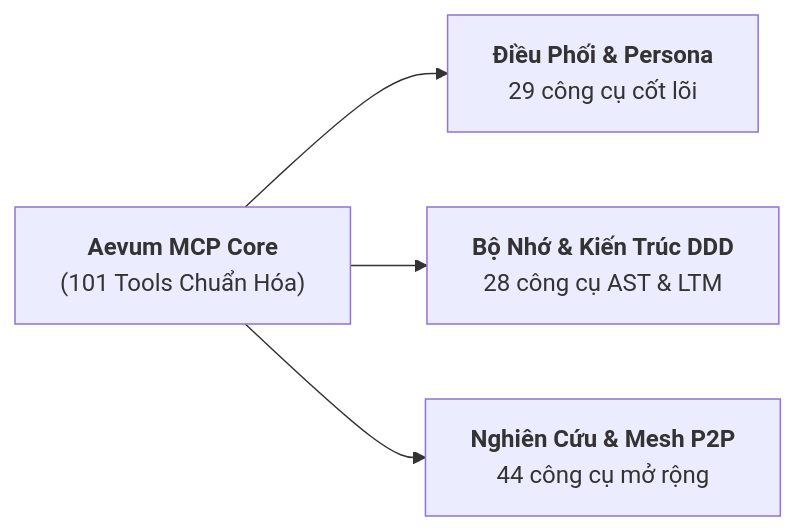
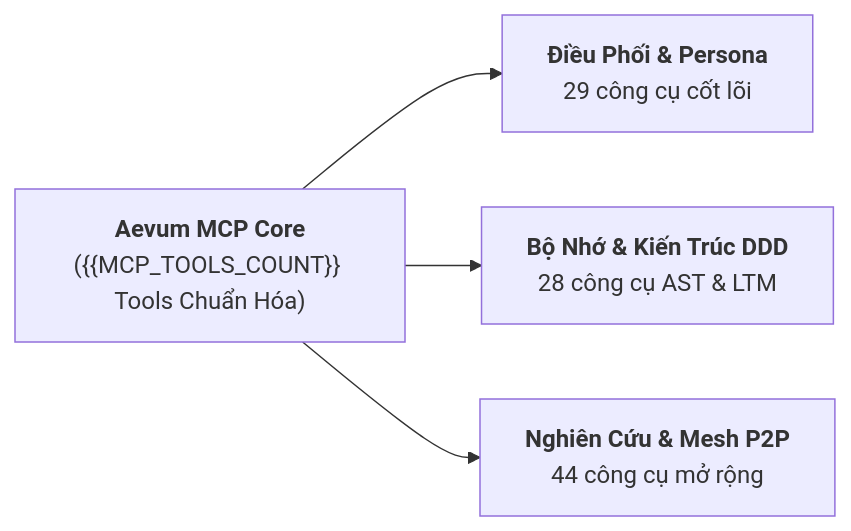
Before and after one commit to hainguyen011/Aevum-website: the diagram in content/docs/12-mcp-tools-reference.md, drawn with Mermaid. The commit also changed other lines of this file and 46 other files, not shown here.

````diff
--- a/content/docs/12-mcp-tools-reference.md
+++ b/content/docs/12-mcp-tools-reference.md
@@ -12,7 +12,7 @@
 ```mermaid
 flowchart LR
-    Hub["<b>Aevum MCP Core</b><br/>(101 Tools Chuẩn Hóa)"]
+    Hub["<b>Aevum MCP Core</b><br/>({{MCP_TOOLS_COUNT}} Tools Chuẩn Hóa)"]
     Hub --> C["<b>Điều Phối & Persona</b><br/>29 công cụ cốt lõi"]
     Hub --> M["<b>Bộ Nhớ & Kiến Trúc DDD</b><br/>28 công cụ AST & LTM"]
     Hub --> P["<b>Nghiên Cứu & Mesh P2P</b><br/>44 công cụ mở rộng"]
 ```
````
